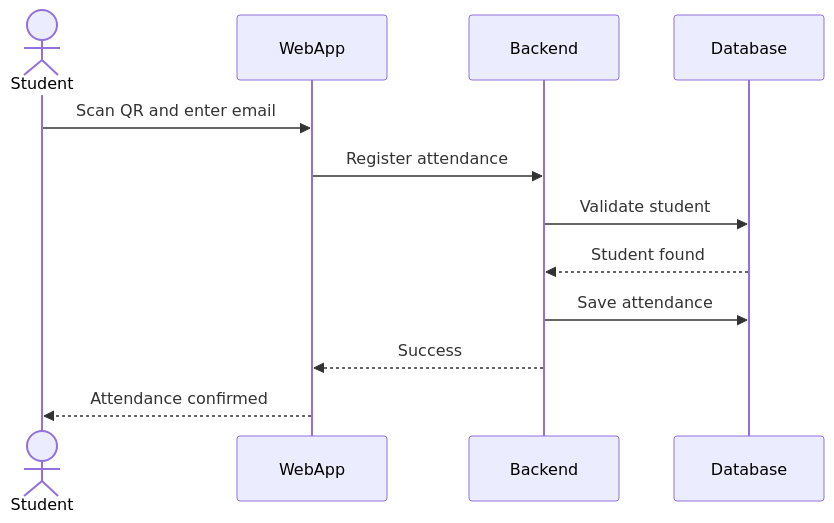
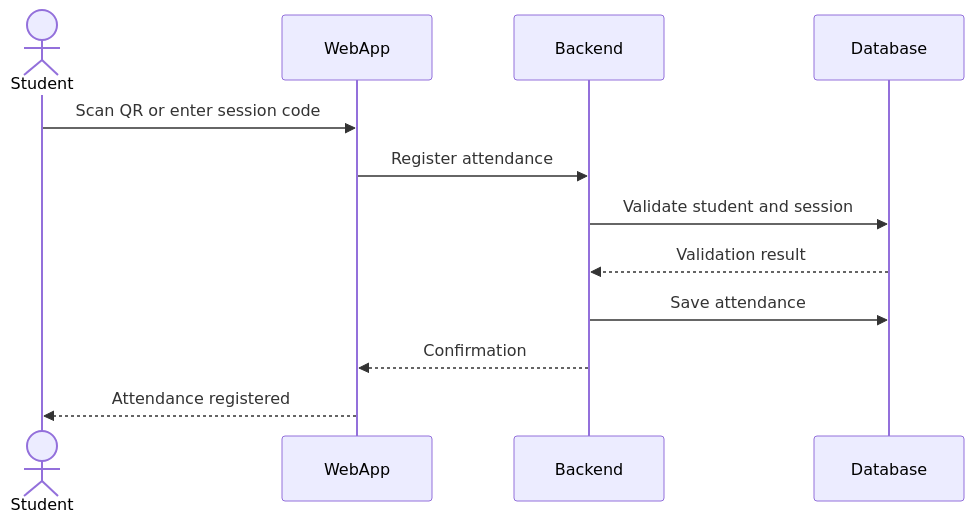
Before and after one commit to talabaker3276/I2SE_Ex2: the second of 4 diagrams in DIAGRAMS.md, drawn with Mermaid. The commit also changed other lines of this file, not shown here.

First line of the commit message:
Revise diagrams for Smart Classroom system

````diff
--- a/DIAGRAMS.md
+++ b/DIAGRAMS.md
@@ -84,15 +100,15 @@
 ```mermaid
 sequenceDiagram
     actor Student
     participant WebApp
     participant Backend
     participant Database
 
-    Student->>WebApp: Scan QR and enter email
+    Student->>WebApp: Scan QR or enter session code
     WebApp->>Backend: Register attendance
-    Backend->>Database: Validate student
-    Database-->>Backend: Student found
+    Backend->>Database: Validate student and session
+    Database-->>Backend: Validation result
     Backend->>Database: Save attendance
-    Backend-->>WebApp: Success
-    WebApp-->>Student: Attendance confirmed
+    Backend-->>WebApp: Confirmation
+    WebApp-->>Student: Attendance registered
 ```
````
